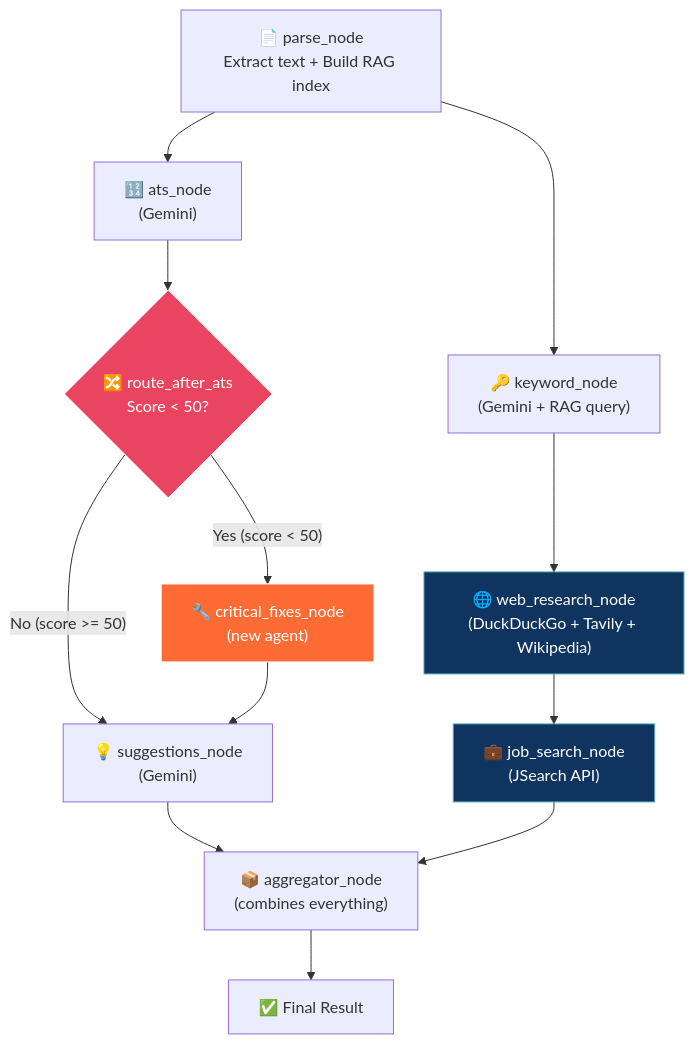
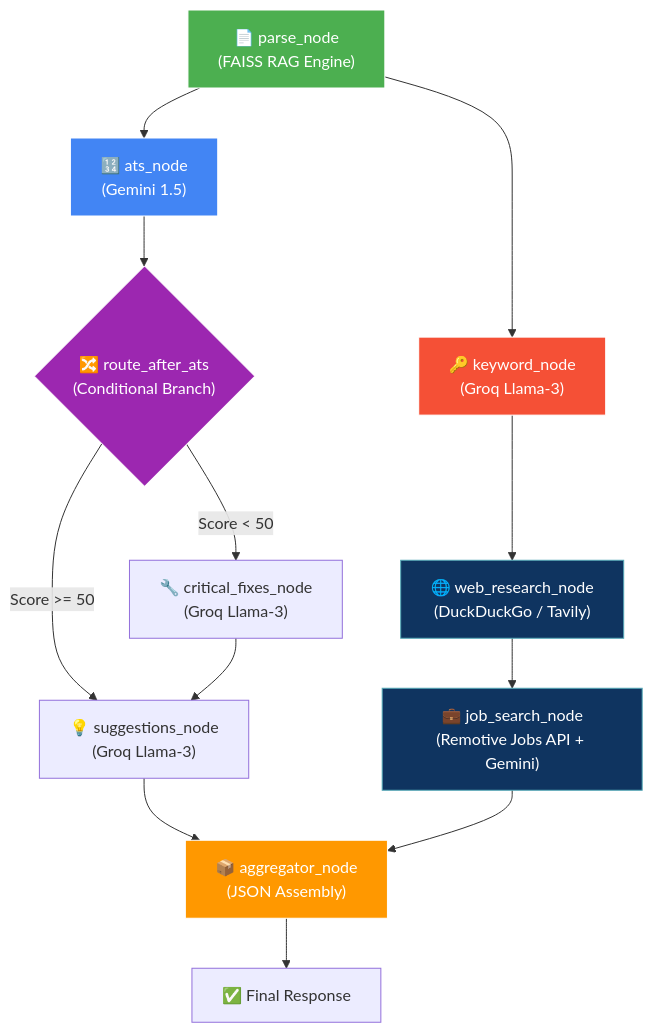
One commit to mahaveer0738/NextGen-Resume-Scanner changed the diagram in implementation_plan.md. Above: the diagram before and after it, drawn with Mermaid. The commit also changed other lines of this file, not shown here.

Commit message:
docs: Completely rewrite implementation plan to reflect final v2.0 hybrid architecture

````diff
--- a/implementation_plan.md
+++ b/implementation_plan.md
@@ -52,22 +28,26 @@
 ```mermaid
 graph TD
-    A["📄 parse_node<br/>Extract text + Build RAG index"] --> B["🔢 ats_node<br/>(Gemini)"]
-    A --> C["🔑 keyword_node<br/>(Gemini + RAG query)"]
+    A["📄 parse_node<br/>(FAISS RAG Engine)"] --> B["🔢 ats_node<br/>(Gemini 1.5)"]
+    A --> C["🔑 keyword_node<br/>(Groq Llama-3)"]
     
-    B --> D{"🔀 route_after_ats<br/>Score < 50?"}
-    D -->|"Yes (score < 50)"| E["🔧 critical_fixes_node<br/>(new agent)"]
-    D -->|"No (score >= 50)"| F["💡 suggestions_node<br/>(Gemini)"]
+    B --> D{"🔀 route_after_ats<br/>(Conditional Branch)"}
+    
+    D -->|"Score < 50"| E["🔧 critical_fixes_node<br/>(Groq Llama-3)"]
+    D -->|"Score >= 50"| F["💡 suggestions_node<br/>(Groq Llama-3)"]
     E --> F
     
-    C --> G["🌐 web_research_node<br/>(DuckDuckGo + Tavily + Wikipedia)"]
-    G --> H["💼 job_search_node<br/>(JSearch API)"]
+    C --> G["🌐 web_research_node<br/>(DuckDuckGo / Tavily)"]
+    G --> H["💼 job_search_node<br/>(Remotive Jobs API + Gemini)"]
     
-    F --> I["📦 aggregator_node<br/>(combines everything)"]
+    F --> I["📦 aggregator_node<br/>(JSON Assembly)"]
     H --> I
-    I --> J["✅ Final Result"]
+    I --> J["✅ Final Response"]
 
-    style D fill:#e94560,stroke:#fff,color:#fff
+    style A fill:#4CAF50,stroke:#fff,color:#fff
+    style B fill:#4285F4,stroke:#fff,color:#fff
+    style C fill:#F55036,stroke:#fff,color:#fff
+    style D fill:#9C27B0,stroke:#fff,color:#fff
     style G fill:#0f3460,stroke:#53a8b6,color:#fff
     style H fill:#0f3460,stroke:#53a8b6,color:#fff
-    style E fill:#ff6b35,stroke:#fff,color:#fff
+    style I fill:#FF9800,stroke:#fff,color:#fff
 ```
````
